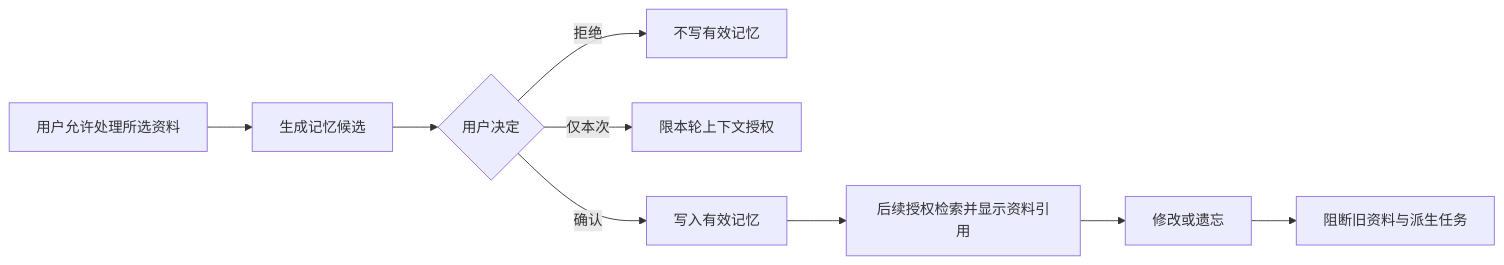
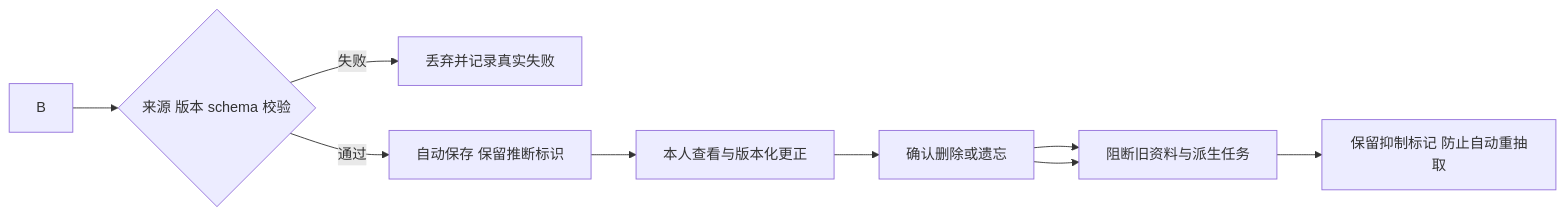
One commit to zhyupeee/PsyEvoAgent changed the second of 2 diagrams in PsyEvoAgent项目计划/阶段1/01-阶段目标与功能设计.md. Above: the diagram before and after it, drawn with Mermaid. The commit also changed other lines of this file and 197 other files, not shown here.

````diff
--- a/PsyEvoAgent项目计划/阶段1/01-阶段目标与功能设计.md
+++ b/PsyEvoAgent项目计划/阶段1/01-阶段目标与功能设计.md
@@ -199,11 +201,11 @@
 ```mermaid
 flowchart LR
- A[用户允许处理所选资料] --> B[生成记忆候选]
- B --> C{用户决定}
- C -->|拒绝| D[不写有效记忆]
- C -->|仅本次| E[限本轮上下文授权]
- C -->|确认| F[写入有效记忆]
- F --> G[后续授权检索并显示资料引用]
- G --> H[修改或遗忘]
+ B --> C{来源 版本 schema 校验}
+ C -->|失败| D[丢弃并记录真实失败]
+ C -->|通过| F[自动保存 保留推断标识]
+ F --> G[本人查看与版本化更正]
+ G --> H[确认删除或遗忘]
+ H --> I[阻断旧资料与派生任务]
+ I --> J[保留抑制标记 防止自动重抽取]
  H --> I[阻断旧资料与派生任务]
 ```
````
